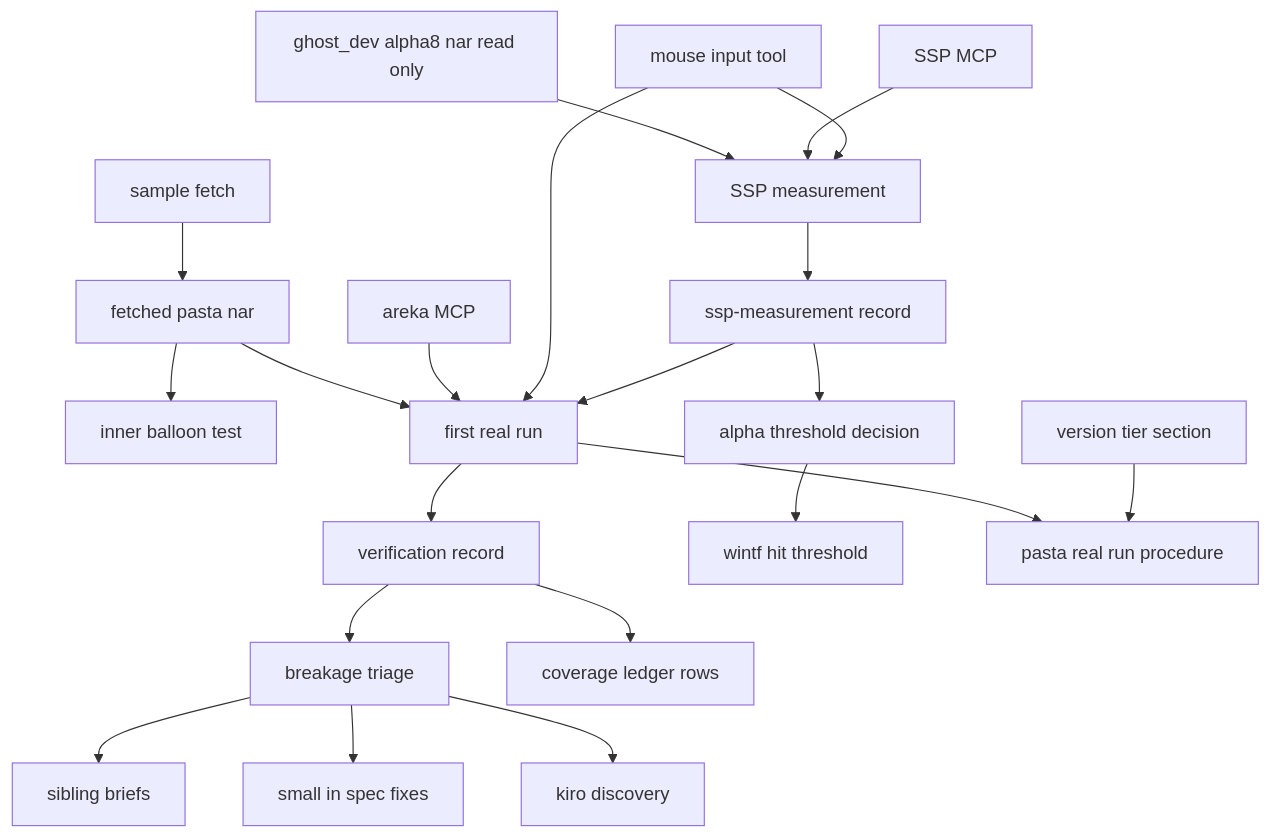
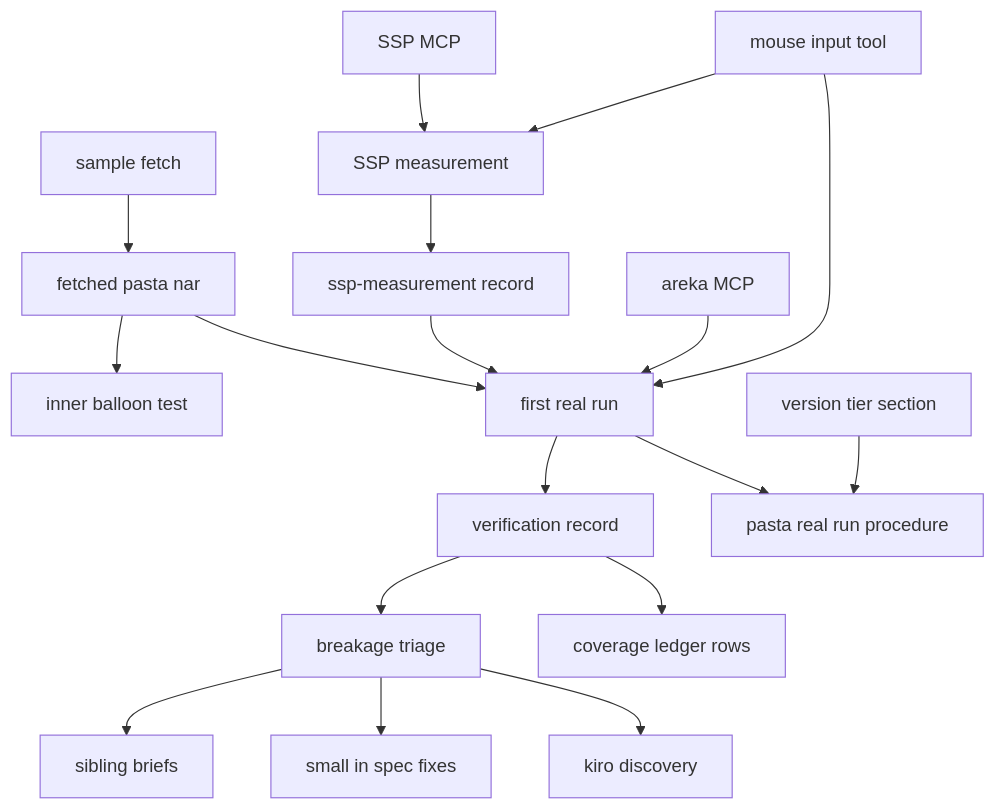
One commit to ekicyou/areka changed the first of 2 diagrams in .kiro/specs/areka-P0-pasta-in-windows-verification/design.md. Above: the diagram before and after it, drawn with Mermaid. The commit also changed other lines of this file and 2 other files, not shown here.

Commit message:
docs(areka-P0-pasta-in-windows-verification): resolve design discussion #1 - α の当たりは 0.5 以上のまま SSP に合わせず、α の測りを外す

````diff
--- a/.kiro/specs/areka-P0-pasta-in-windows-verification/design.md
+++ b/.kiro/specs/areka-P0-pasta-in-windows-verification/design.md
@@ -87,23 +87,20 @@
 ```mermaid
 graph TB
     Fetch[sample fetch] --> Nar[fetched pasta nar]
     Nar --> ContentTest[inner balloon test]
-    GhostDev[ghost_dev alpha8 nar read only] --> SspMeasure[SSP measurement]
-    SspMcp[SSP MCP] --> SspMeasure
+    SspMcp[SSP MCP] --> SspMeasure[SSP measurement]
     MouseInput[mouse input tool] --> SspMeasure
     SspMeasure --> MeasureRecord[ssp-measurement record]
     Nar --> FirstRun[first real run]
     ArekaMcp[areka MCP] --> FirstRun
     MouseInput --> FirstRun
     MeasureRecord --> FirstRun
     FirstRun --> VerifyRecord[verification record]
-    MeasureRecord --> AlphaDecision[alpha threshold decision]
-    AlphaDecision --> AlphaFix[wintf hit threshold]
     VerifyRecord --> Triage[breakage triage]
     Triage --> SiblingBriefs[sibling briefs]
     Triage --> InSpecFix[small in spec fixes]
     Triage --> Discovery[kiro discovery]
     VerifyRecord --> Ledger[coverage ledger rows]
     FirstRun --> Procedure[pasta real run procedure]
     Roadmap[version tier section] --> Procedure
 ```
````
